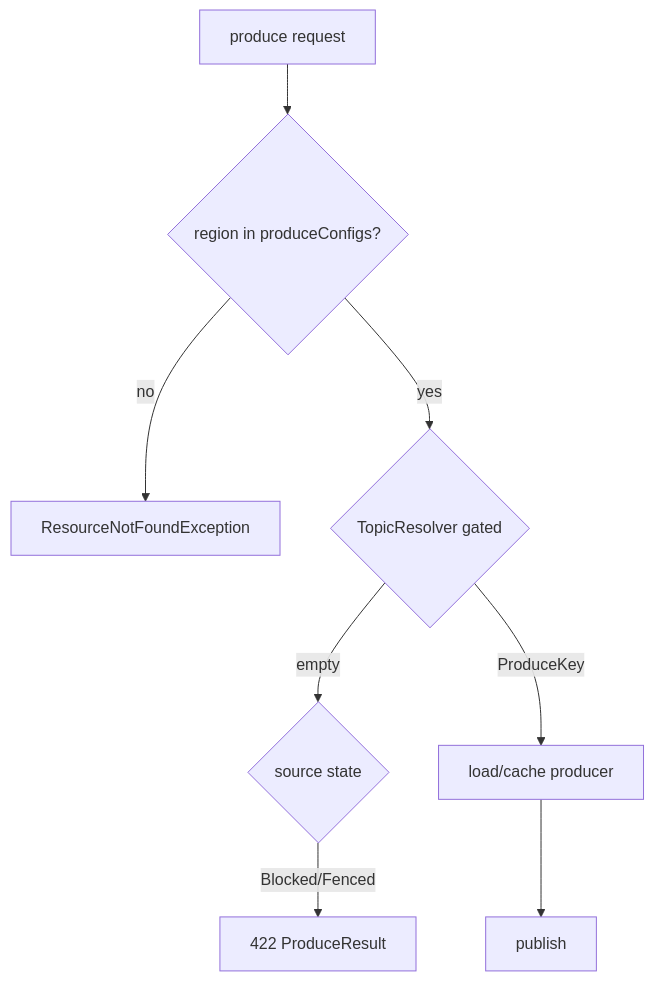
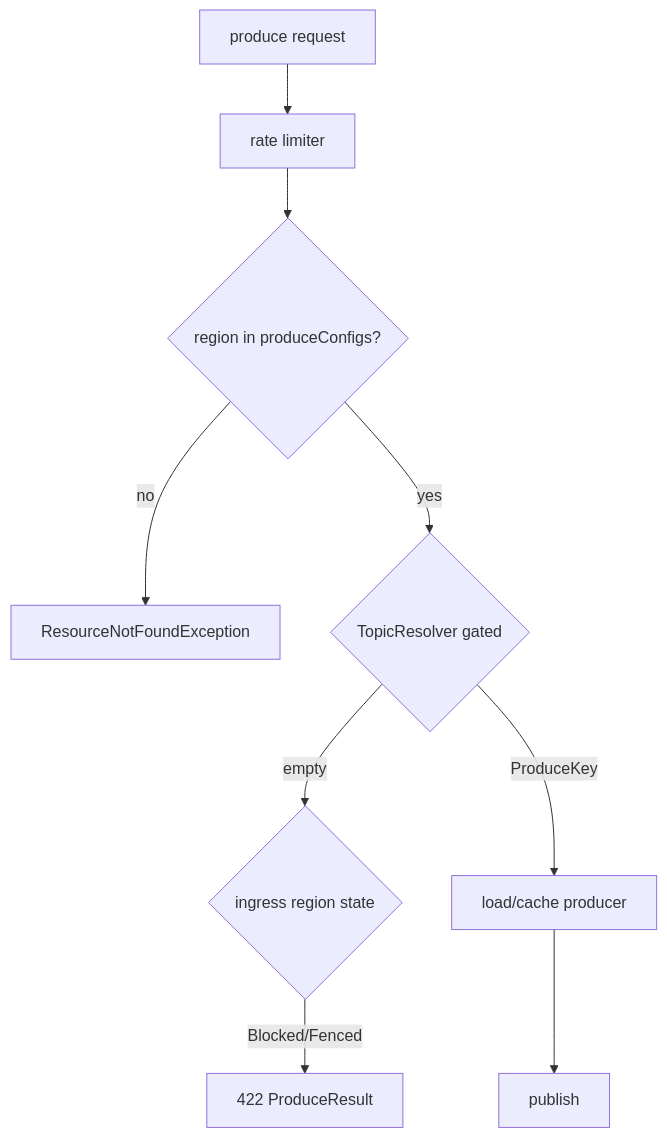
One commit to flipkart-incubator/varadhi changed the fourth of 4 diagrams in vips/VIP-0003.md. Above: the diagram before and after it, drawn with Mermaid. The commit also changed other lines of this file, not shown here.

````diff
--- a/vips/VIP-0003.md
+++ b/vips/VIP-0003.md
@@ -440,10 +423,11 @@
 ```mermaid
 flowchart TD
-    A["produce request"] --> B{"region in produceConfigs?"}
+    A["produce request"] --> RL["rate limiter"]
+    RL --> B{"region in produceConfigs?"}
     B -->|no| E404["ResourceNotFoundException"]
     B -->|yes| C{"TopicResolver gated"}
-    C -->|empty| D{"source state"}
+    C -->|empty| D{"ingress region state"}
     D -->|Blocked/Fenced| E422["422 ProduceResult"]
     C -->|ProduceKey| F["load/cache producer"]
     F --> G["publish"]
 ```
````
